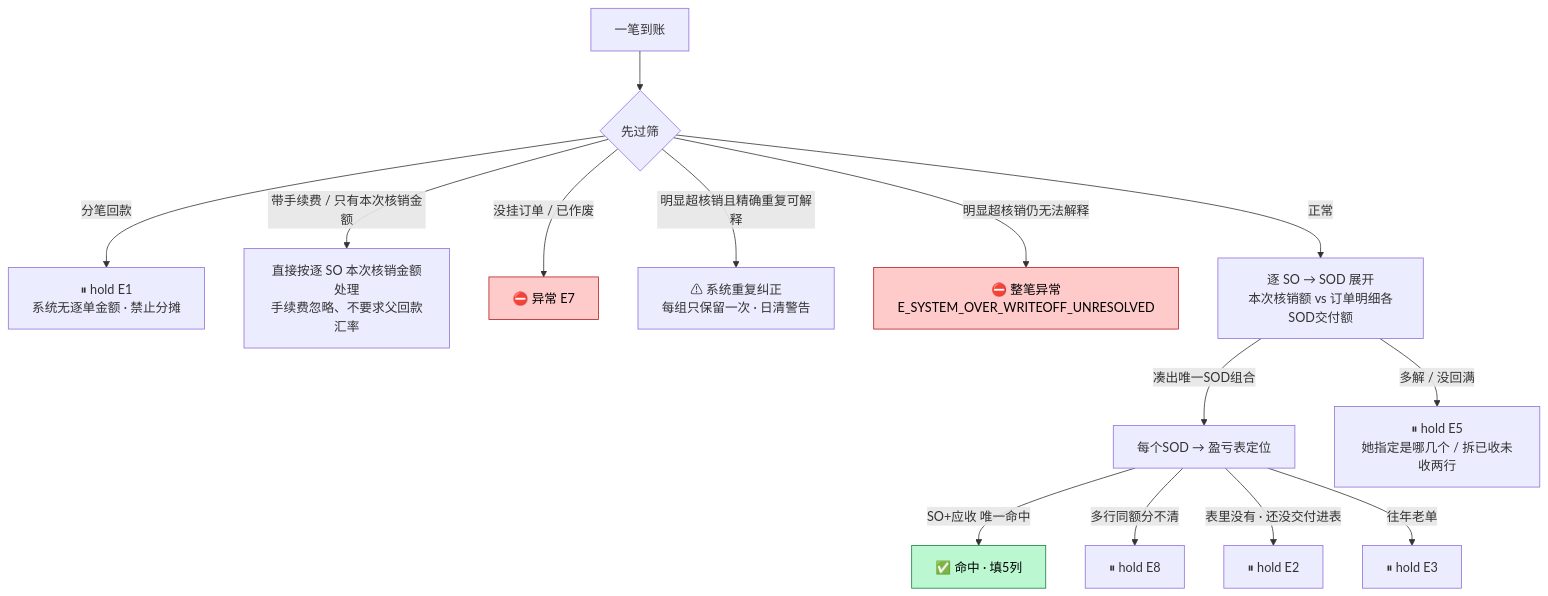
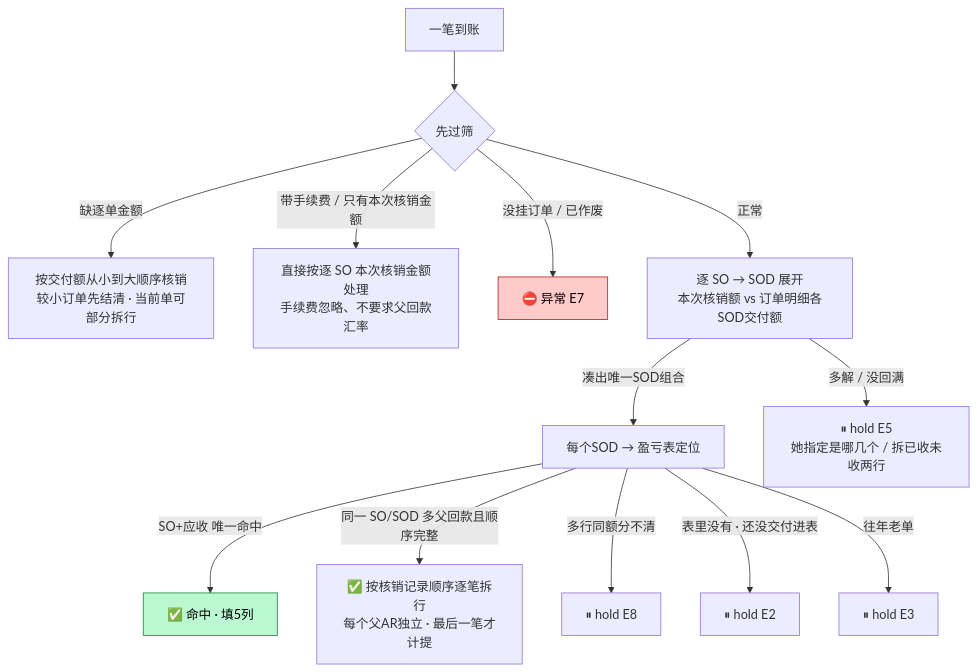
One commit to EvanLee2004/finance-skills changed the second of 2 diagrams in skills/ar-hexiao-daily/README.md. Above: the diagram before and after it, drawn with Mermaid. The commit also changed other lines of this file and 34 other files, not shown here.

````diff
--- a/skills/ar-hexiao-daily/README.md
+++ b/skills/ar-hexiao-daily/README.md
@@ -103,20 +103,18 @@
 ```mermaid
 flowchart TD
     P["一笔到账"] --> Q{"先过筛"}
-    Q -->|"分笔回款"| E1["⏸ hold E1<br/>系统无逐单金额 · 禁止分摊"]
+    Q -->|"缺逐单金额"| SEQ["按交付额从小到大顺序核销<br/>较小订单先结清 · 当前单可部分拆行"]
     Q -->|"带手续费 / 只有本次核销金额"| EF["直接按逐 SO 本次核销金额处理<br/>手续费忽略、不要求父回款汇率"]
     Q -->|"没挂订单 / 已作废"| E7["⛔ 异常 E7"]
-    Q -->|"明显超核销且精确重复可解释"| DUP["⚠ 系统重复纠正<br/>每组只保留一次 · 日清警告"]
-    Q -->|"明显超核销仍无法解释"| E4["⛔ 整笔异常<br/>E_SYSTEM_OVER_WRITEOFF_UNRESOLVED"]
     Q -->|"正常"| SO["逐 SO → SOD 展开<br/>本次核销额 vs 订单明细各SOD交付额"]
     SO -->|"凑出唯一SOD组合"| LOC["每个SOD → 盈亏表定位"]
     SO -->|"多解 / 没回满"| E5["⏸ hold E5<br/>她指定是哪几个 / 拆已收未收两行"]
     LOC -->|"SO+应收 唯一命中"| HIT["✅ 命中 · 填5列"]
+    LOC -->|"同一 SO/SOD 多父回款且顺序完整"| CHAIN["✅ 按核销记录顺序逐笔拆行<br/>每个父AR独立 · 最后一笔才计提"]
     LOC -->|"多行同额分不清"| E8["⏸ hold E8"]
     LOC -->|"表里没有 · 还没交付进表"| E2["⏸ hold E2"]
     LOC -->|"往年老单"| E3["⏸ hold E3"]
 
     style HIT fill:#bbf7d0,stroke:#15803d,color:#000
-    style E4 fill:#fecaca,stroke:#b91c1c,color:#000
     style E7 fill:#fecaca,stroke:#b91c1c,color:#000
 ```
````
